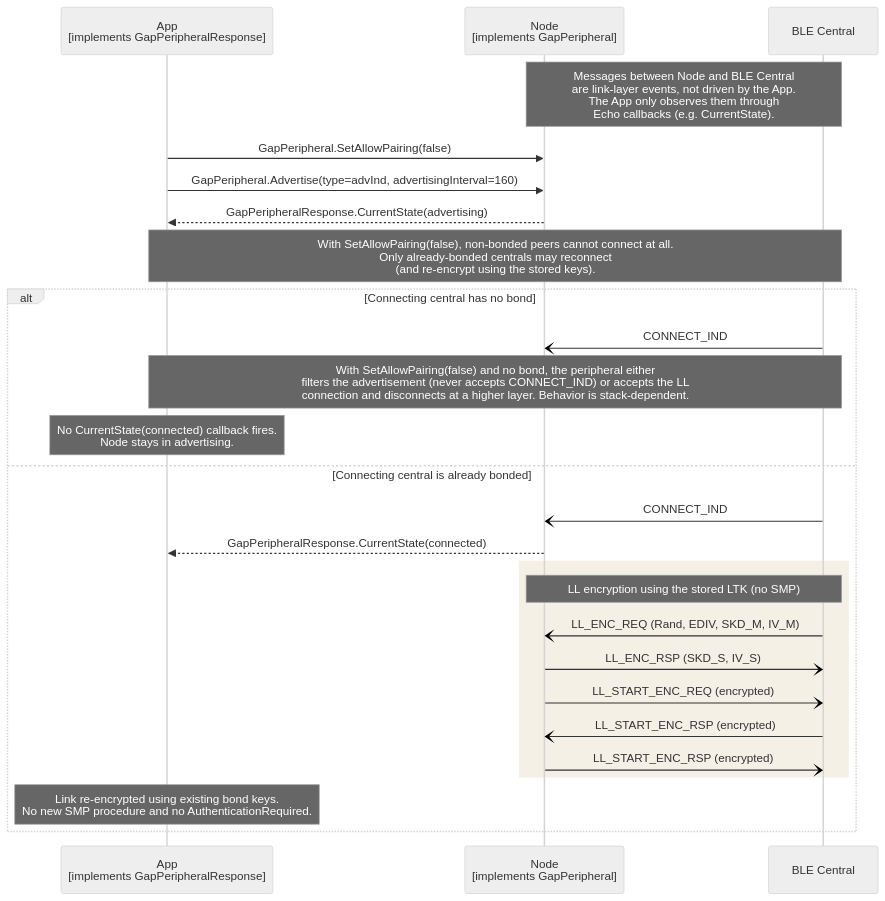
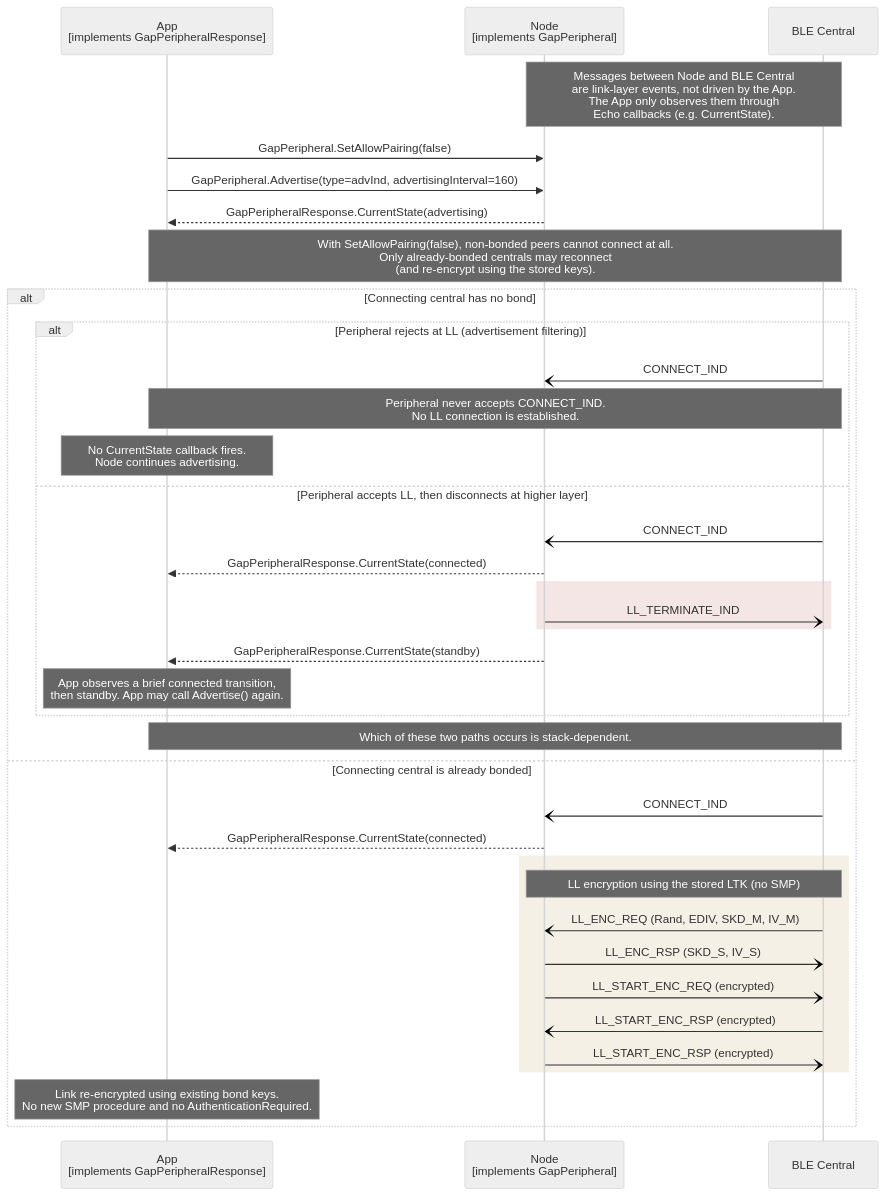
Before and after one commit to philips-software/amp-embedded-infra-lib: the diagram in documents/modules/ROOT/partials/echoservices/gap_peripheral/GapPeripheral_AllowPairingRejection_sequence.mmd, drawn with Mermaid (neutral theme). The commit also changed 2 other files, not shown here.

```diff
--- a/documents/modules/ROOT/partials/echoservices/gap_peripheral/GapPeripheral_AllowPairingRejection_sequence.mmd
+++ b/documents/modules/ROOT/partials/echoservices/gap_peripheral/GapPeripheral_AllowPairingRejection_sequence.mmd
@@ -1,31 +1,42 @@
 sequenceDiagram
     participant App as App<br>[implements GapPeripheralResponse]
     participant Node as Node<br>[implements GapPeripheral]
     participant Central as BLE Central
 
 
     Note over Node, Central: Messages between Node and BLE Central<br>are link-layer events, not driven by the App.<br>The App only observes them through<br>Echo callbacks (e.g. CurrentState).
 
     App->>Node: GapPeripheral.SetAllowPairing(false)
     App->>Node: GapPeripheral.Advertise(type=advInd, advertisingInterval=160)
     Node-->>App: GapPeripheralResponse.CurrentState(advertising)
 
     Note over App, Central: With SetAllowPairing(false), non-bonded peers cannot connect at all.<br>Only already-bonded centrals may reconnect<br>(and re-encrypt using the stored keys).
 
     alt Connecting central has no bond
-        Central-)Node: CONNECT_IND
-        Note over App, Central: With SetAllowPairing(false) and no bond, the peripheral either<br>filters the advertisement (never accepts CONNECT_IND) or accepts the LL<br>connection and disconnects at a higher layer. Behavior is stack-dependent.
-        Note over App: No CurrentState(connected) callback fires.<br>Node stays in advertising.
+        alt Peripheral rejects at LL (advertisement filtering)
+            Central-)Node: CONNECT_IND
+            Note over App, Central: Peripheral never accepts CONNECT_IND.<br>No LL connection is established.
+            Note over App: No CurrentState callback fires.<br>Node continues advertising.
+        else Peripheral accepts LL, then disconnects at higher layer
+            Central-)Node: CONNECT_IND
+            Node-->>App: GapPeripheralResponse.CurrentState(connected)
+            rect rgb(245, 230, 230)
+                Node-)Central: LL_TERMINATE_IND
+            end
+            Node-->>App: GapPeripheralResponse.CurrentState(standby)
+            Note over App: App observes a brief connected transition,<br>then standby. App may call Advertise() again.
+        end
+        Note over App, Central: Which of these two paths occurs is stack-dependent.
     else Connecting central is already bonded
         Central-)Node: CONNECT_IND
         Node-->>App: GapPeripheralResponse.CurrentState(connected)
         rect rgb(245, 240, 230)
             Note over Node, Central: LL encryption using the stored LTK (no SMP)
             Central-)Node: LL_ENC_REQ (Rand, EDIV, SKD_M, IV_M)
             Node-)Central: LL_ENC_RSP (SKD_S, IV_S)
             Node-)Central: LL_START_ENC_REQ (encrypted)
             Central-)Node: LL_START_ENC_RSP (encrypted)
             Node-)Central: LL_START_ENC_RSP (encrypted)
         end
         Note over App: Link re-encrypted using existing bond keys.<br>No new SMP procedure and no AuthenticationRequired.
     end
```
